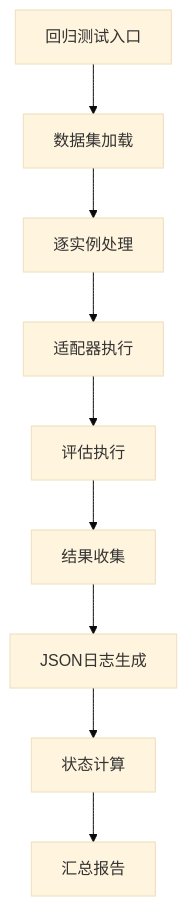
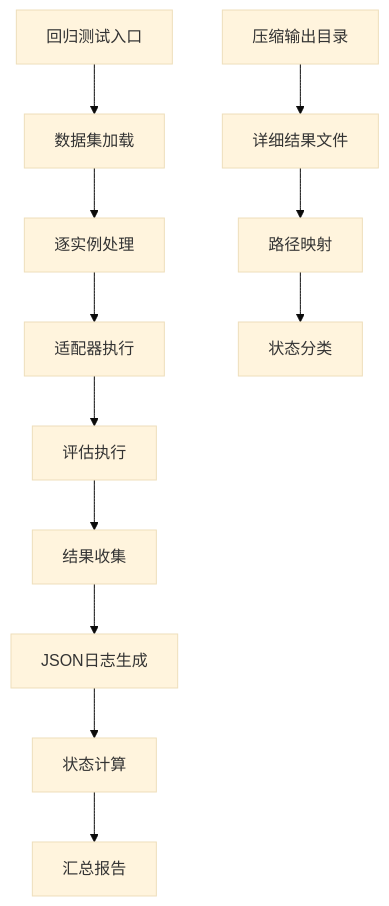
Before and after one commit to Jayint/Jayint-repo: diagram 11 of 14 in .qoder/repowiki/zh/content/核心组件/多Docker评估系统/增强评估框架.md, drawn with Mermaid (base theme). The commit also changed other lines of this file and 168 other files, not shown here.

````diff
--- a/.qoder/repowiki/zh/content/核心组件/多Docker评估系统/增强评估框架.md
+++ b/.qoder/repowiki/zh/content/核心组件/多Docker评估系统/增强评估框架.md
@@ -428,11 +609,14 @@
 ```mermaid
 flowchart TD
 A[回归测试入口] --> B[数据集加载]
 B --> C[逐实例处理]
 C --> D[适配器执行]
 D --> E[评估执行]
 E --> F[结果收集]
 F --> G[JSON日志生成]
 G --> H[状态计算]
 H --> I[汇总报告]
+J[压缩输出目录] --> K[详细结果文件]
+K --> L[路径映射]
+L --> M[状态分类]
 ```
````
